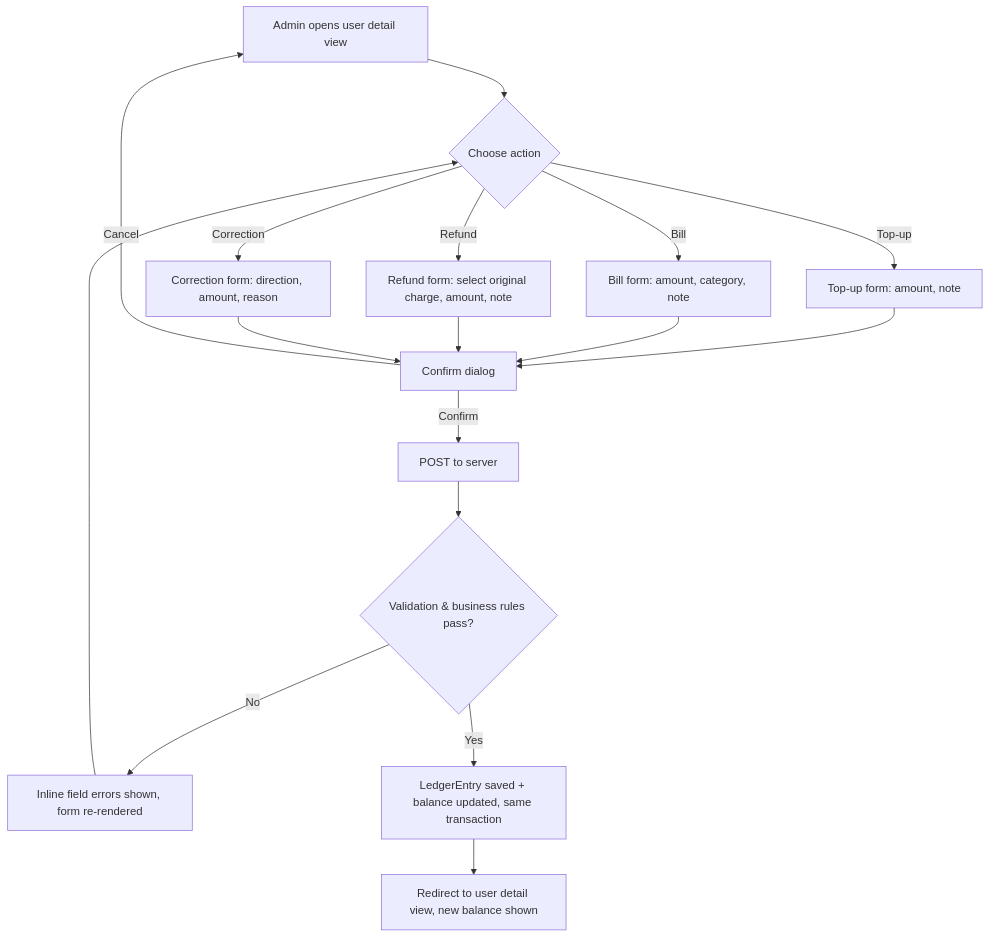
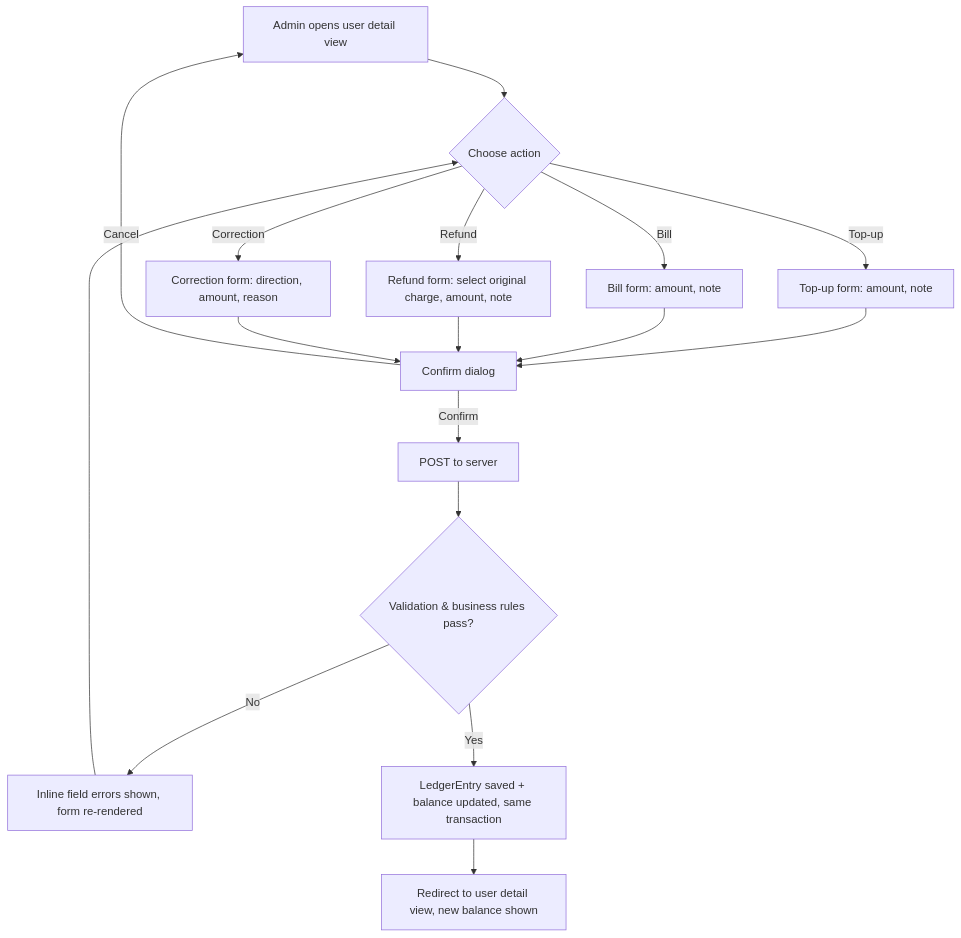
One commit to m000gg/unit-billing changed the first of 2 diagrams in docs/features/admin-app/manual-balance-entries-4.md. Above: the diagram before and after it, drawn with Mermaid. The commit also changed other lines of this file and 5 other files, not shown here.

````diff
--- a/docs/features/admin-app/manual-balance-entries-4.md
+++ b/docs/features/admin-app/manual-balance-entries-4.md
@@ -51,22 +51,22 @@
 ```mermaid
 flowchart TD
-    A[Admin opens user detail view] --> B{Choose action}
-    B -->|Top-up| C[Top-up form: amount, note]
-    B -->|Bill| D[Bill form: amount, category, note]
-    B -->|Refund| E[Refund form: select original charge, amount, note]
-    B -->|Correction| F[Correction form: direction, amount, reason]
+  A[Admin opens user detail view] --> B{Choose action}
+  B -->|Top-up| C[Top-up form: amount, note]
+  B -->|Bill| D[Bill form: amount, note]
+  B -->|Refund| E[Refund form: select original charge, amount, note]
+  B -->|Correction| F[Correction form: direction, amount, reason]
 
-    C --> G[Confirm dialog]
-    D --> G
-    E --> G
-    F --> G
+  C --> G[Confirm dialog]
+  D --> G
+  E --> G
+  F --> G
 
-    G -->|Cancel| A
-    G -->|Confirm| H[POST to server]
+  G -->|Cancel| A
+  G -->|Confirm| H[POST to server]
 
-    H --> I{Validation & business rules pass?}
-    I -->|No| J[Inline field errors shown, form re-rendered]
-    J --> B
-    I -->|Yes| K[LedgerEntry saved + balance updated, same transaction]
-    K --> L[Redirect to user detail view, new balance shown]
+  H --> I{Validation & business rules pass?}
+  I -->|No| J[Inline field errors shown, form re-rendered]
+  J --> B
+  I -->|Yes| K[LedgerEntry saved + balance updated, same transaction]
+  K --> L[Redirect to user detail view, new balance shown]
 ```
````
